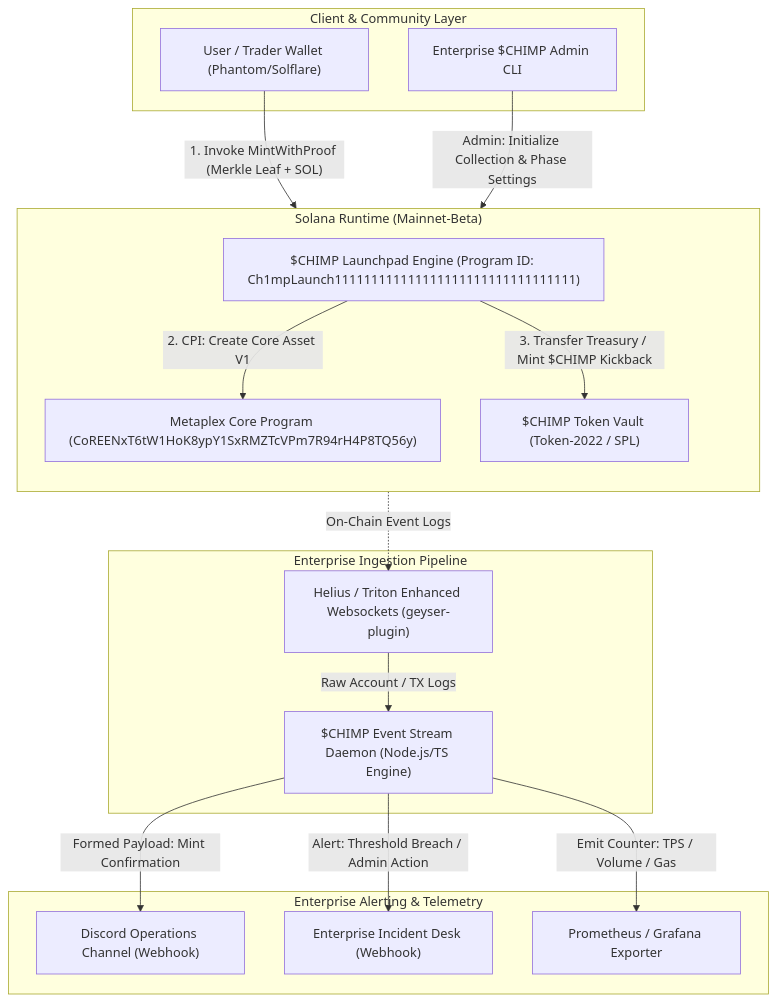
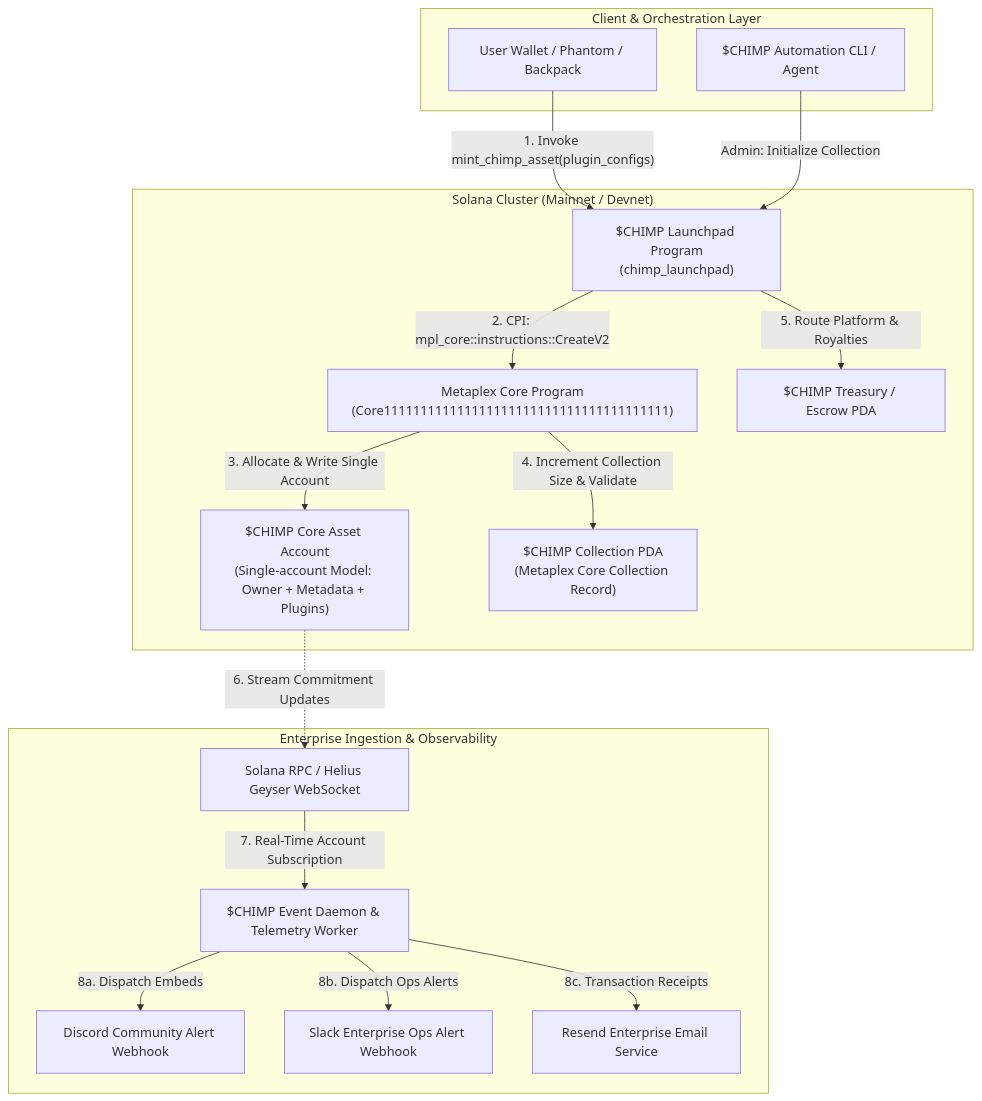
The diagram in README.md (wiliancolomboo-tech/web3-write-a-thread-on--chimp-launching--888be5), drawn with Mermaid before and after one commit. The commit also changed other lines of this file and 139 other files, not shown here.

````diff
--- a/README.md
+++ b/README.md
@@ -26,36 +34,36 @@
 ```mermaid
 flowchart TD
-    subgraph ClientLayer ["Client & Community Layer"]
-        User["User / Trader Wallet (Phantom/Solflare)"]
-        CLI["Enterprise $CHIMP Admin CLI"]
+    subgraph ClientLayer["Client & Orchestration Layer"]
+        CLI["$CHIMP Automation CLI / Agent"]
+        User["User Wallet / Phantom / Backpack"]
     end
 
-    subgraph SolanaRuntime ["Solana Runtime (Mainnet-Beta)"]
-        direction TB
-        AnchorEngine["$CHIMP Launchpad Engine (Program ID: Ch1mpLaunch111111111111111111111111111111111)"]
-        MplCore["Metaplex Core Program (CoREENxT6tW1HoK8ypY1SxRMZTcVPm7R94rH4P8TQ56y)"]
-        SPLVault["$CHIMP Token Vault (Token-2022 / SPL)"]
-        
-        User -->|"1. Invoke MintWithProof (Merkle Leaf + SOL)"| AnchorEngine
-        CLI -->|"Admin: Initialize Collection & Phase Settings"| AnchorEngine
-        AnchorEngine -->|"2. CPI: Create Core Asset V1"| MplCore
-        AnchorEngine -->|"3. Transfer Treasury / Mint $CHIMP Kickback"| SPLVault
+    subgraph SolanaRuntime["Solana Cluster (Mainnet / Devnet)"]
+        AnchorProgram["$CHIMP Launchpad Program\n(chimp_launchpad)"]
+        MPLCPEngine["Metaplex Core Program\n(Core111111111111111111111111111111111111111)"]
+        AssetAccount["$CHIMP Core Asset Account\n(Single-account Model: Owner + Metadata + Plugins)"]
+        CollectionAccount["$CHIMP Collection PDA\n(Metaplex Core Collection Record)"]
+        VaultPDA["$CHIMP Treasury / Escrow PDA"]
     end
 
-    subgraph IndexerStream ["Enterprise Ingestion Pipeline"]
-        HeliusRPC["Helius / Triton Enhanced Websockets (geyser-plugin)"]
-        Worker["$CHIMP Event Stream Daemon (Node.js/TS Engine)"]
-        MplCore -.->|"On-Chain Event Logs"| HeliusRPC
-        HeliusRPC -->|"Raw Account / TX Logs"| Worker
+    subgraph IndexerWebhook["Enterprise Ingestion & Observability"]
+        GeyserRPC["Solana RPC / Helius Geyser WebSocket"]
+        RelayerService["$CHIMP Event Daemon & Telemetry Worker"]
+        DiscordWebhook["Discord Community Alert Webhook"]
+        SlackWebhook["Slack Enterprise Ops Alert Webhook"]
+        ResendAPI["Resend Enterprise Email Service"]
     end
 
-    subgraph EnterpriseDispatch ["Enterprise Alerting & Telemetry"]
-        DiscordRelay["Discord Operations Channel (Webhook)"]
-        SlackRelay["Enterprise Incident Desk (Webhook)"]
-        PromMetrics["Prometheus / Grafana Exporter"]
-        
-        Worker -->|"Formed Payload: Mint Confirmation"| DiscordRelay
-        Worker -->|"Alert: Threshold Breach / Admin Action"| SlackRelay
-        Worker -->|"Emit Counter: TPS / Volume / Gas"| PromMetrics
-    end
+    User -->|"1. Invoke mint_chimp_asset(plugin_configs)"| AnchorProgram
+    CLI -->|"Admin: Initialize Collection"| AnchorProgram
+    AnchorProgram -->|"2. CPI: mpl_core::instructions::CreateV2"| MPLCPEngine
+    MPLCPEngine -->|"3. Allocate & Write Single Account"| AssetAccount
+    MPLCPEngine -->|"4. Increment Collection Size & Validate"| CollectionAccount
+    AnchorProgram -->|"5. Route Platform & Royalties"| VaultPDA
+
+    AssetAccount -.->|"6. Stream Commitment Updates"| GeyserRPC
+    GeyserRPC -->|"7. Real-Time Account Subscription"| RelayerService
+    RelayerService -->|"8a. Dispatch Embeds"| DiscordWebhook
+    RelayerService -->|"8b. Dispatch Ops Alerts"| SlackWebhook
+    RelayerService -->|"8c. Transaction Receipts"| ResendAPI
 ```
````
